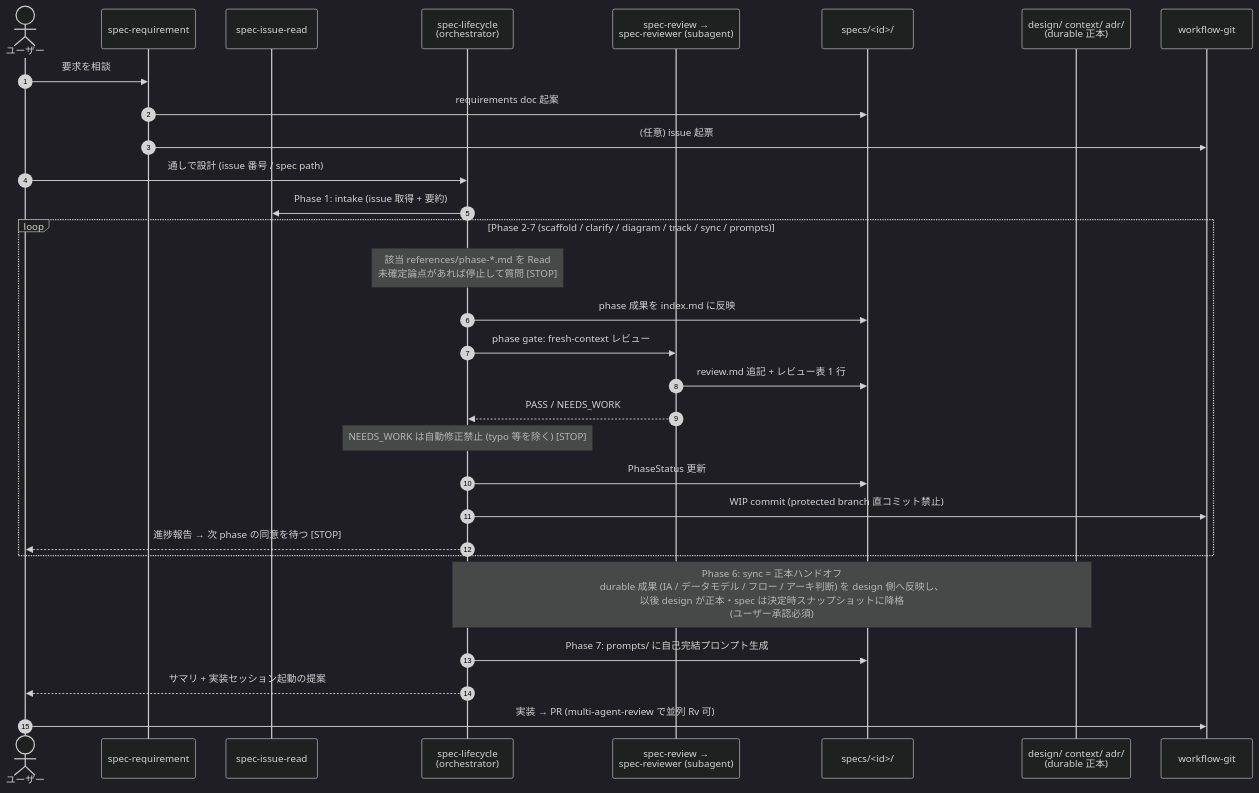
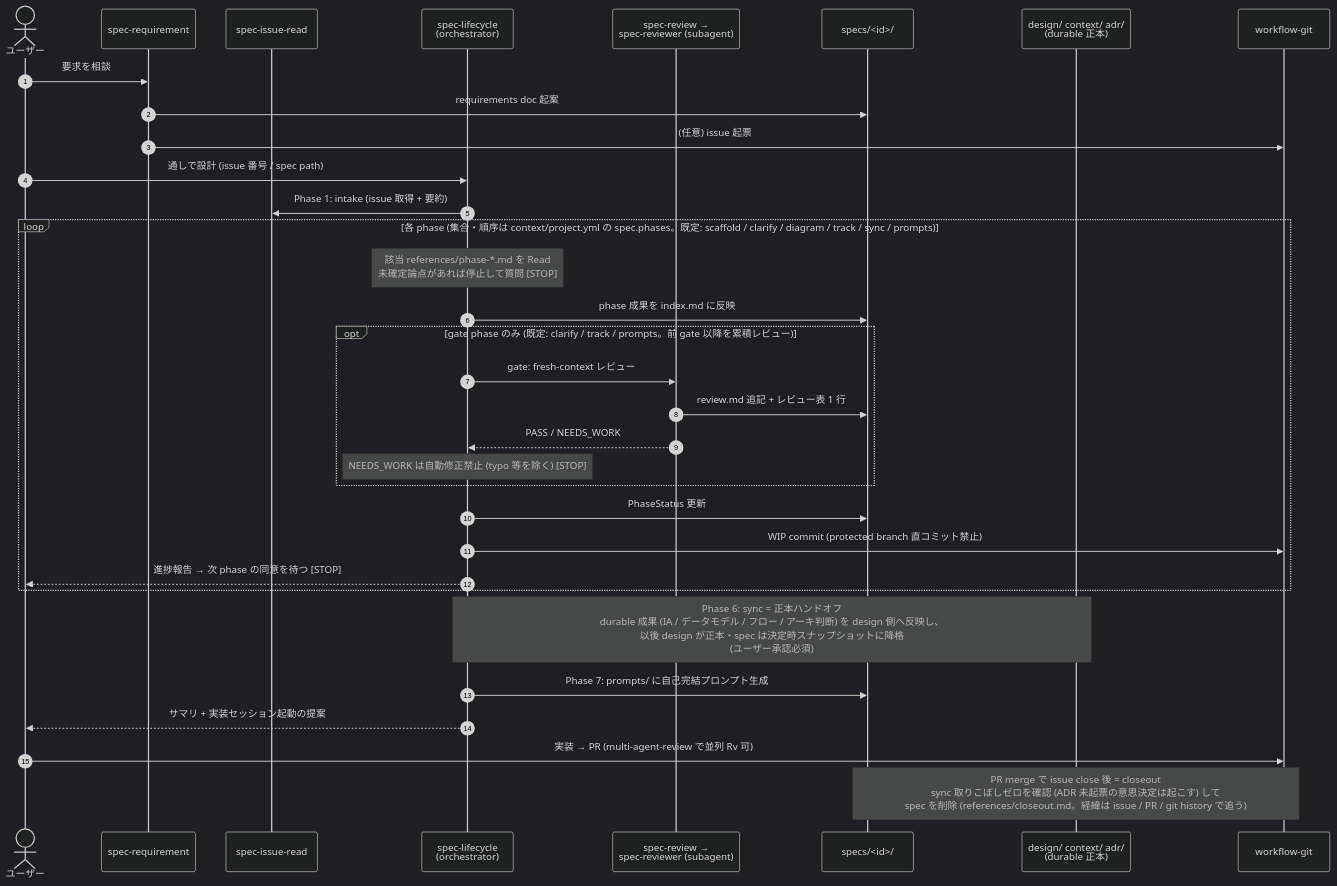
Before and after one commit to Fukuemon/agent-playbooks: the diagram in architecture.md, drawn with Mermaid (dark theme). The commit also changed other lines of this file and 5 other files, not shown here.

````diff
--- a/architecture.md
+++ b/architecture.md
@@ -11,36 +11,40 @@
 ```mermaid
 sequenceDiagram
     autonumber
     actor U as ユーザー
     participant REQ as spec-requirement
     participant IR as spec-issue-read
     participant LC as spec-lifecycle<br/>(orchestrator)
     participant RV as spec-review →<br/>spec-reviewer (subagent)
     participant SPEC as specs/<id>/
     participant DSGN as design/ context/ adr/<br/>(durable 正本)
     participant GIT as workflow-git
 
     U->>REQ: 要求を相談
     REQ->>SPEC: requirements doc 起案
     REQ->>GIT: (任意) issue 起票
     U->>LC: 通しで設計 (issue 番号 / spec path)
     LC->>IR: Phase 1: intake (issue 取得 + 要約)
 
-    loop Phase 2-7 (scaffold / clarify / diagram / track / sync / prompts)
+    loop 各 phase (集合・順序は context/project.yml の spec.phases。既定: scaffold / clarify / diagram / track / sync / prompts)
         Note over LC: 該当 references/phase-*.md を Read<br/>未確定論点があれば停止して質問 [STOP]
         LC->>SPEC: phase 成果を index.md に反映
-        LC->>RV: phase gate: fresh-context レビュー
-        RV->>SPEC: review.md 追記 + レビュー表 1 行
-        RV-->>LC: PASS / NEEDS_WORK
-        Note over LC: NEEDS_WORK は自動修正禁止 (typo 等を除く) [STOP]
+        opt gate phase のみ (既定: clarify / track / prompts。前 gate 以降を累積レビュー)
+            LC->>RV: gate: fresh-context レビュー
+            RV->>SPEC: review.md 追記 + レビュー表 1 行
+            RV-->>LC: PASS / NEEDS_WORK
+            Note over LC: NEEDS_WORK は自動修正禁止 (typo 等を除く) [STOP]
+        end
         LC->>SPEC: PhaseStatus 更新
         LC->>GIT: WIP commit (protected branch 直コミット禁止)
         LC-->>U: 進捗報告 → 次 phase の同意を待つ [STOP]
     end
 
     Note over LC,DSGN: Phase 6: sync = 正本ハンドオフ<br/>durable 成果 (IA / データモデル / フロー / アーキ判断) を design 側へ反映し、<br/>以後 design が正本・spec は決定時スナップショットに降格<br/>(ユーザー承認必須)
 
     LC->>SPEC: Phase 7: prompts/ に自己完結プロンプト生成
     LC-->>U: サマリ + 実装セッション起動の提案
     U->>GIT: 実装 → PR (multi-agent-review で並列 Rv 可)
+
+    Note over SPEC,GIT: PR merge で issue close 後 = closeout<br/>sync 取りこぼしゼロを確認 (ADR 未起票の意思決定は起こす) して<br/>spec を削除 (references/closeout.md。経緯は issue / PR / git history で追う)
 ```
````
